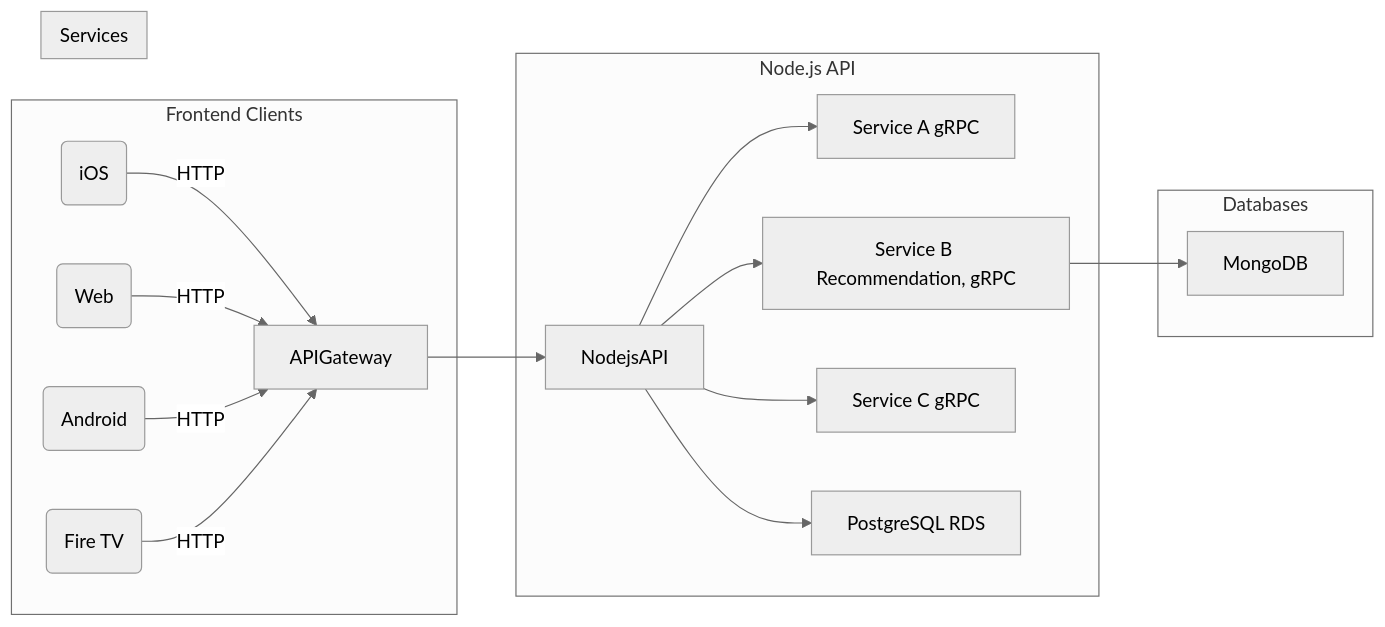
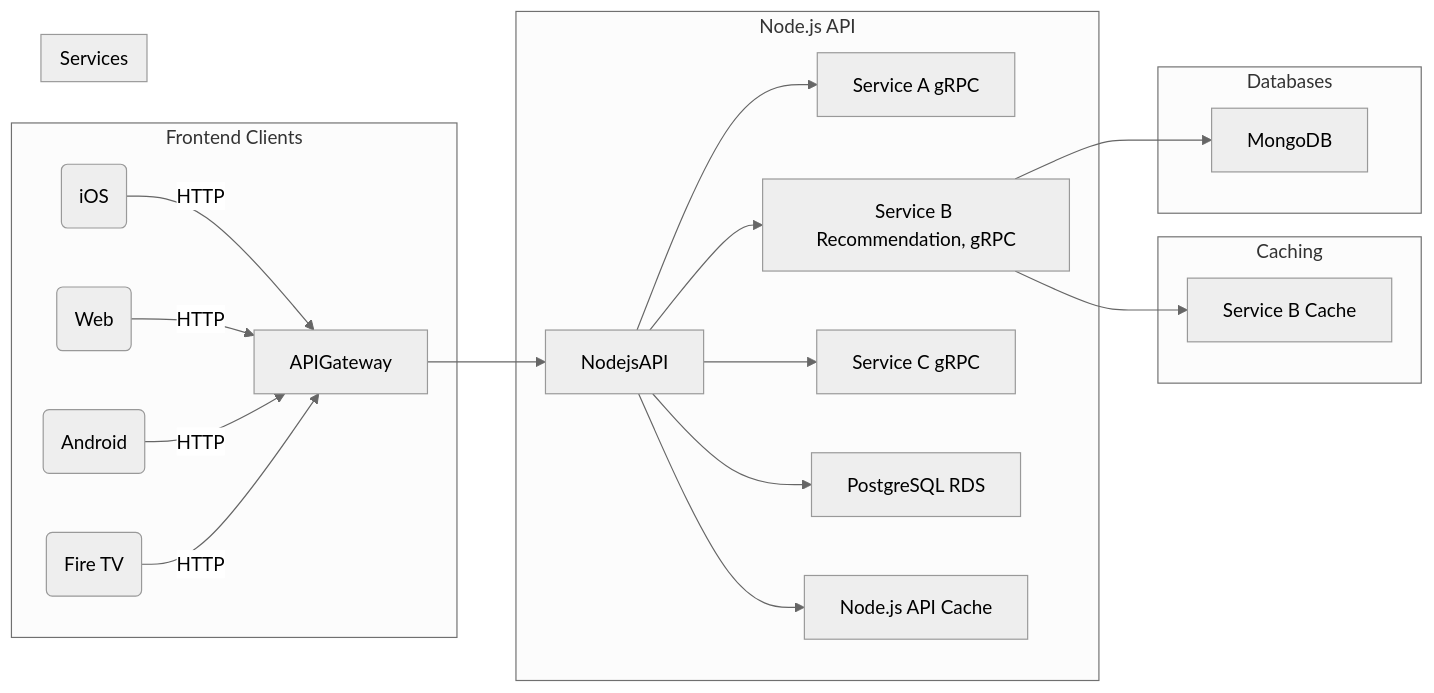
One commit to jyouturner/netflux changed the diagram in README.md. Above: the diagram before and after it, drawn with Mermaid (neutral theme).

Commit message:
update diagram

````diff
--- a/README.md
+++ b/README.md
@@ -7,33 +7,41 @@
 ```mermaid
 graph LR
   subgraph Frontend Clients
     A(iOS) -->|HTTP| APIGateway
     B(Web) -->|HTTP| APIGateway
     C(Android) -->|HTTP| APIGateway
     D(Fire TV) -->|HTTP| APIGateway
   end
 
   APIGateway --> NodejsAPI
 
   subgraph Node.js API
     NodejsAPI --> ServiceA
     NodejsAPI --> ServiceB
     NodejsAPI --> ServiceC
     NodejsAPI --> PostgreSQL
+    NodejsAPI --> NodejsCache
   end
 
   subgraph Services
     ServiceA[Service A gRPC]
     ServiceB[Service B Recommendation, gRPC]
     ServiceC[Service C gRPC]
   end
 
   ServiceB --> MongoDB
+  ServiceB --> ServiceBCache
+
+  subgraph Caching
+    NodejsCache[Node.js API Cache]
+    ServiceBCache[Service B Cache]
+  end
 
   subgraph Databases
     PostgreSQL[PostgreSQL RDS]
     MongoDB
   end
 
 
+
 ```
````
